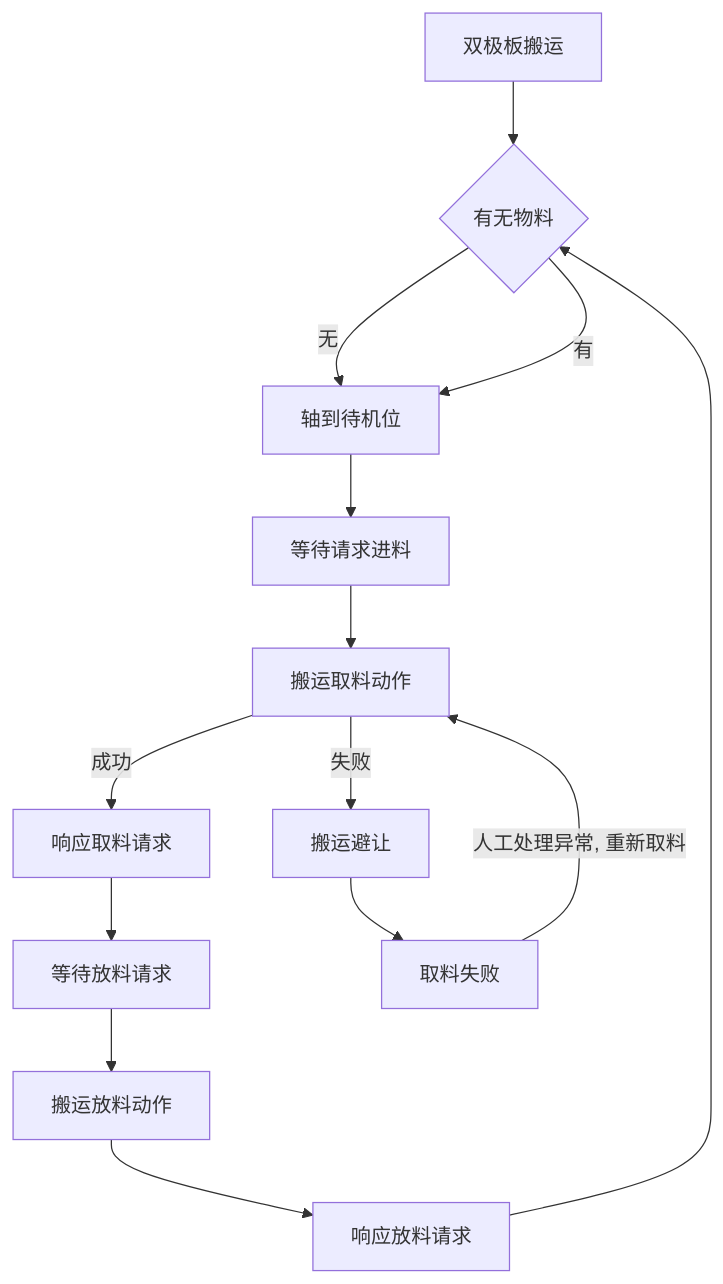
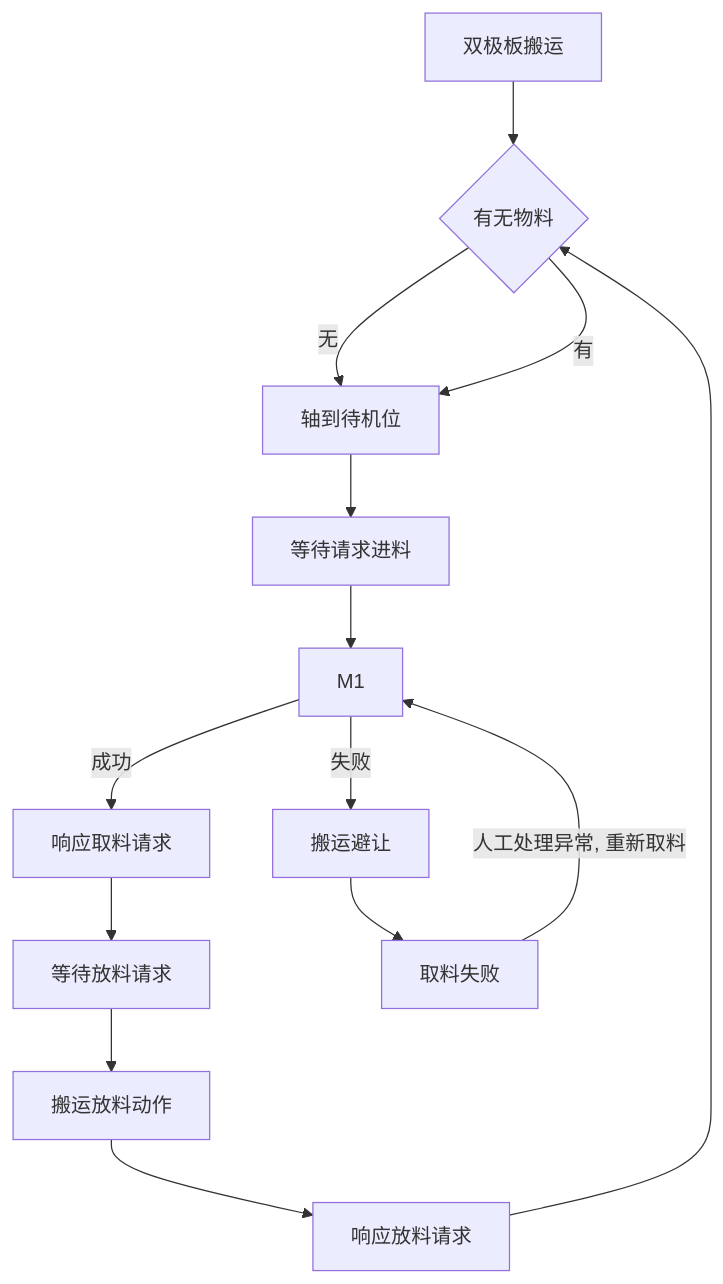
One commit to PengKun1/iodraw-files changed the diagram in all/未命名-1.md. Above: the diagram before and after it, drawn with Mermaid.

Commit message:
2024-08-20 11:00:25 update

````diff
--- a/all/未命名-1.md
+++ b/all/未命名-1.md
@@ -1,18 +1,18 @@
 ```mermaid
 graph TD
 0[双极板搬运]-->10
 10{有无物料}-->|无|20
 10-->|有|20
 20[轴到待机位]-->30
 30[等待请求进料]-->40
-40[搬运取料动作]-->|成功|50
+40[M1]-->|成功|50
 40-->|失败|90
 50[响应取料请求]-->60
 60[等待放料请求]-->70
 70[搬运放料动作]-->80
 80[响应放料请求]-->10
 
 90[搬运避让]-->900
 
 900[取料失败]-->|人工处理异常, 重新取料|40
 ```
````
